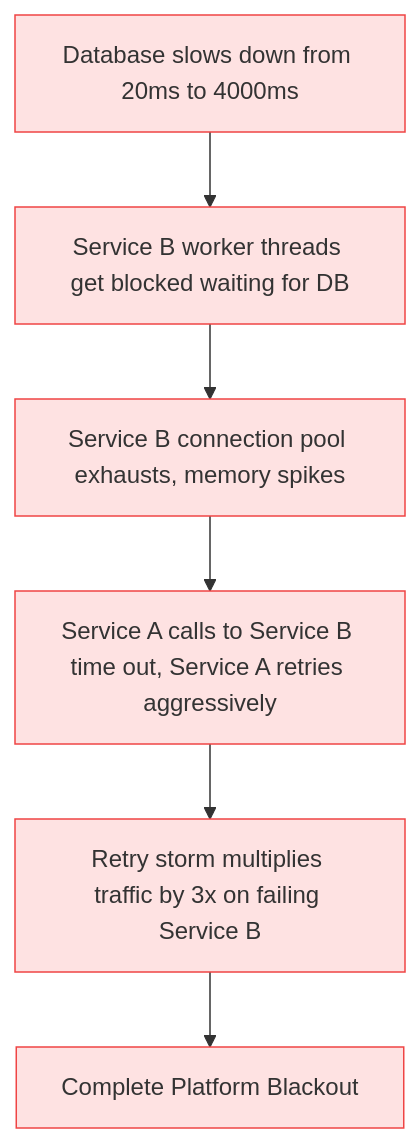
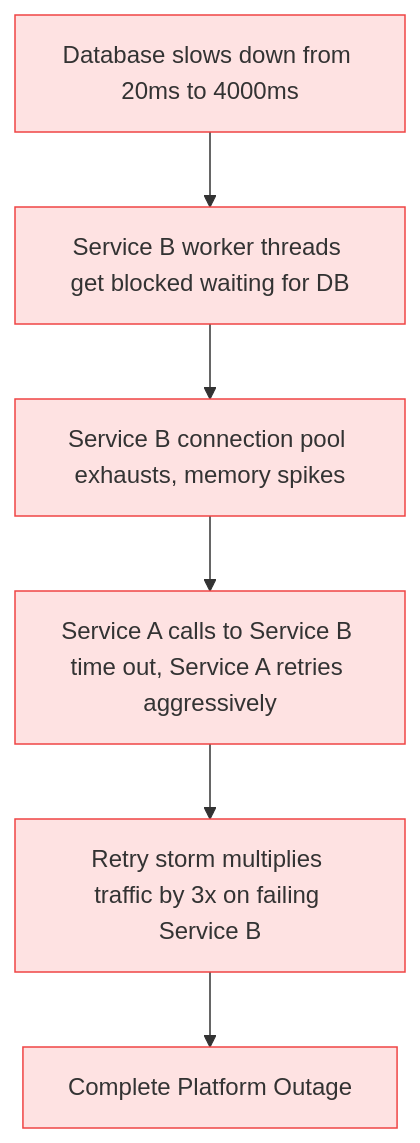
The first of 6 diagrams in 03-system-resilience-scale/02-fault-tolerance-patterns.md (kvai9826/system-design-for-program-managers), drawn with Mermaid before and after one commit. The commit also changed other lines of this file and 30 other files, not shown here.

````diff
--- a/03-system-resilience-scale/02-fault-tolerance-patterns.md
+++ b/03-system-resilience-scale/02-fault-tolerance-patterns.md
@@ -11,11 +15,11 @@
 ```mermaid
 flowchart TD
     Issue[Database slows down from 20ms to 4000ms] --> Step1[Service B worker threads get blocked waiting for DB]
     Step1 --> Step2[Service B connection pool exhausts, memory spikes]
     Step2 --> Step3[Service A calls to Service B time out, Service A retries aggressively]
     Step3 --> Step4[Retry storm multiplies traffic by 3x on failing Service B]
-    Step4 --> Crash[Complete Platform Blackout]
+    Step4 --> Crash[Complete Platform Outage]
 
-    classDef fail fill:#fee2e2,stroke:#ef4444,stroke-width:1px;
-    class Issue,Step1,Step2,Step3,Step4,Crash fail;
+    classDef failStyle fill:#fee2e2,stroke:#ef4444,stroke-width:1px;
+    class Issue,Step1,Step2,Step3,Step4,Crash failStyle;
 ```
````
